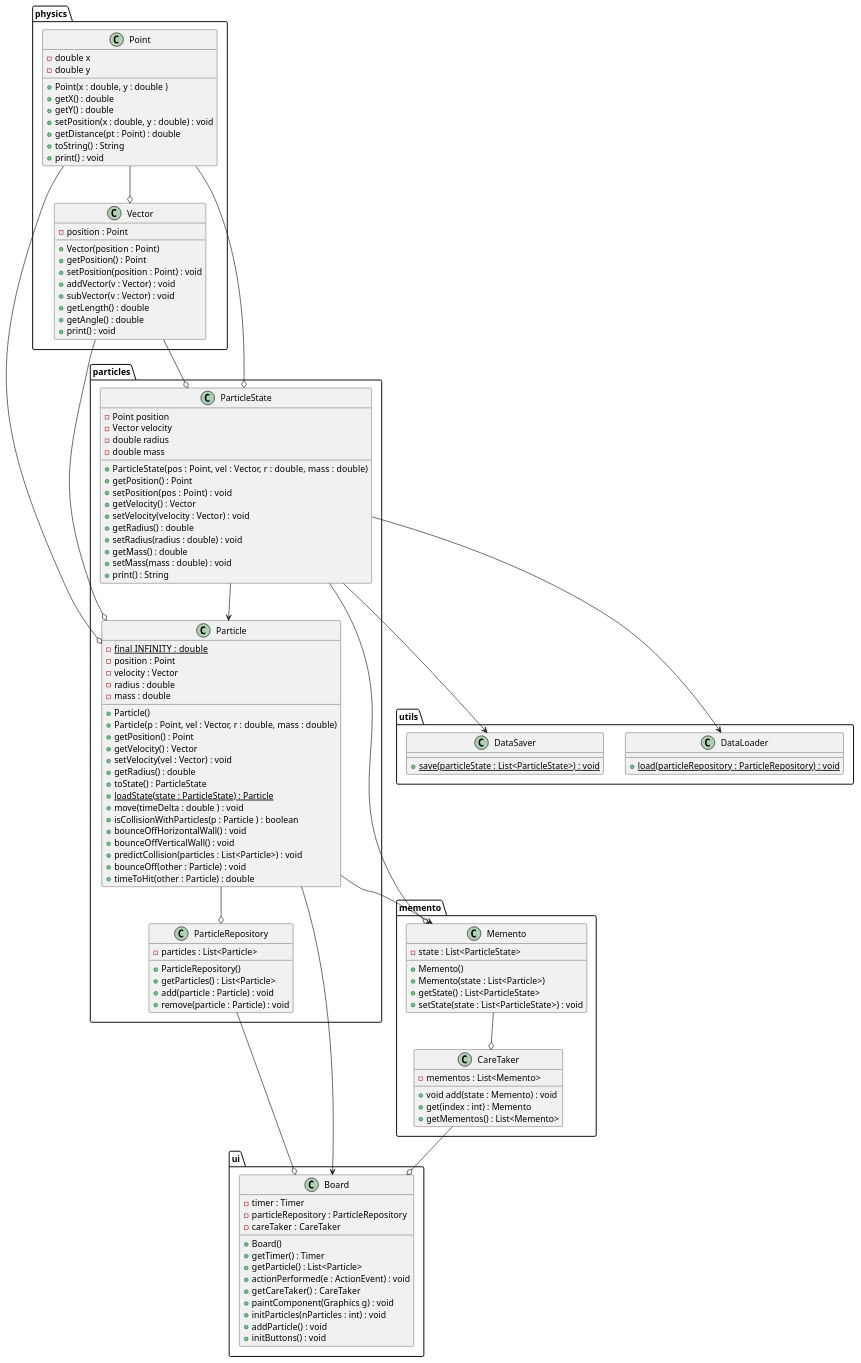
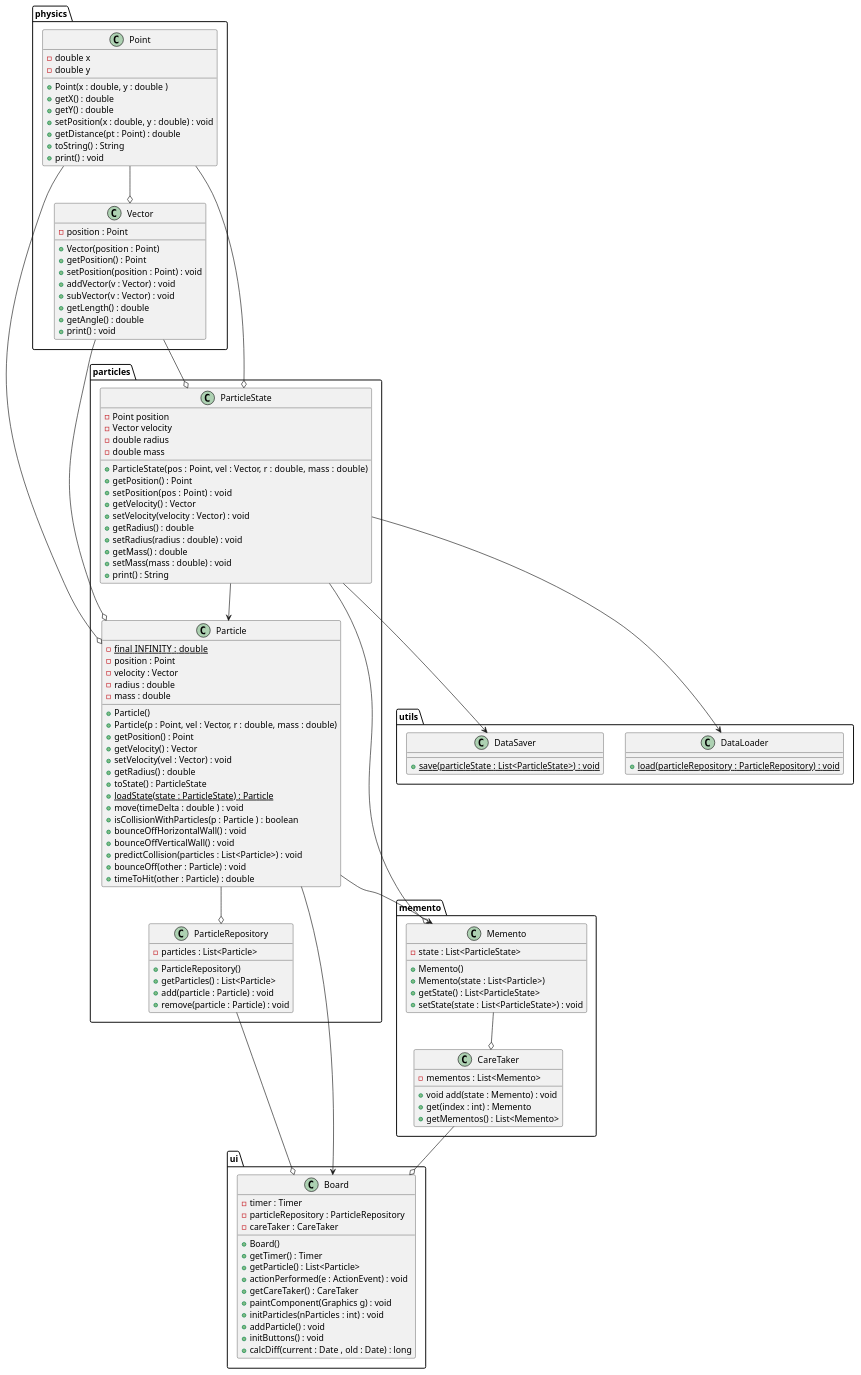
One commit to sebekxp/studies changed the diagram in to/Particles/doc/particles.puml. Above: the diagram before and after it, drawn with PlantUML. The commit also changed 3 other files, not shown here.

```diff
--- a/to/Particles/doc/particles.puml
+++ b/to/Particles/doc/particles.puml
@@ -1,143 +1,143 @@
 @startuml
 package "memento"{
 class CareTaker {
     - mementos : List<Memento>
 
     + void add(state : Memento) : void
     + get(index : int) : Memento
     + getMementos() : List<Memento>
     }
 
 class Memento {
     - state : List<ParticleState>
 
     + Memento()
     + Memento(state : List<Particle>)
     + getState() : List<ParticleState>
     + setState(state : List<ParticleState>) : void
     }
 
 }
 
 package "particles"{
 class Particle {
     - {static} final INFINITY  : double
     - position : Point
     - velocity : Vector
     - radius : double
     - mass : double
 
     + Particle()
     + Particle(p : Point, vel : Vector, r : double, mass : double)
     + getPosition() : Point
     + getVelocity() : Vector
     + setVelocity(vel : Vector) : void
     + getRadius() : double
     + toState() : ParticleState
     + {static} loadState(state : ParticleState) : Particle
     + move(timeDelta : double ) : void
     + isCollisionWithParticles(p : Particle ) : boolean
     + bounceOffHorizontalWall() : void
     + bounceOffVerticalWall() : void
     + predictCollision(particles : List<Particle>) : void
     + bounceOff(other : Particle) : void
     + timeToHit(other : Particle) : double
     }
 
 class ParticleRepository {
     - particles : List<Particle>
     + ParticleRepository()
     + getParticles() : List<Particle>
     + add(particle : Particle) : void
     + remove(particle : Particle) : void
     }
 class ParticleState {
         - Point position
         - Vector velocity
         - double radius
         - double mass
         + ParticleState(pos : Point, vel : Vector, r : double, mass  : double)
         + getPosition() : Point
         + setPosition(pos : Point)  : void
         + getVelocity() : Vector
         + setVelocity(velocity : Vector) : void
         + getRadius() : double
         + setRadius(radius : double) : void
         + getMass() : double
         + setMass(mass : double) : void
         + print() : String
     }
 }
 
 
 package "physics" {
 class Point {
     - double x
     - double y
     + Point(x : double, y : double )
     + getX() : double
     + getY() : double
     + setPosition(x : double, y : double) : void
     + getDistance(pt : Point) : double
     + toString() : String
     + print() : void
     }
 
 class Vector {
     - position : Point
     + Vector(position : Point)
     + getPosition() : Point
     + setPosition(position : Point) : void
     + addVector(v : Vector) : void
     + subVector(v : Vector) : void
     + getLength() : double
     + getAngle() : double
     + print() : void
     }
 }
 
 package "ui" {
 class Board {
     - timer : Timer
     - particleRepository : ParticleRepository
     - careTaker : CareTaker
     + Board()
     + getTimer() : Timer
     + getParticle() : List<Particle>
     + actionPerformed(e : ActionEvent) : void
     + getCareTaker() : CareTaker
     + paintComponent(Graphics g) : void
     + initParticles(nParticles : int) : void
     + addParticle() : void
     + initButtons() : void
-
+    + calcDiff(current : Date , old : Date) : long
     }
 }
 
 package "utils" {
 class DataLoader {
   + {static} load(particleRepository : ParticleRepository) : void
   }
 
 class DataSaver {
 + {static} save(particleState : List<ParticleState>) : void
 }
 }
 
 Particle --o ParticleRepository
 ParticleRepository --o Board
 CareTaker --o Board
 Particle --> Board
 Point --o Particle
 Vector --o Particle
 Point --o ParticleState
 Vector --o ParticleState
 Memento --o CareTaker
 ParticleState --o Memento
 Particle --> Memento
 ParticleState --> DataLoader
 ParticleState --> DataSaver
 Point --o Vector
 ParticleState --> Particle
 
 @enduml
```
